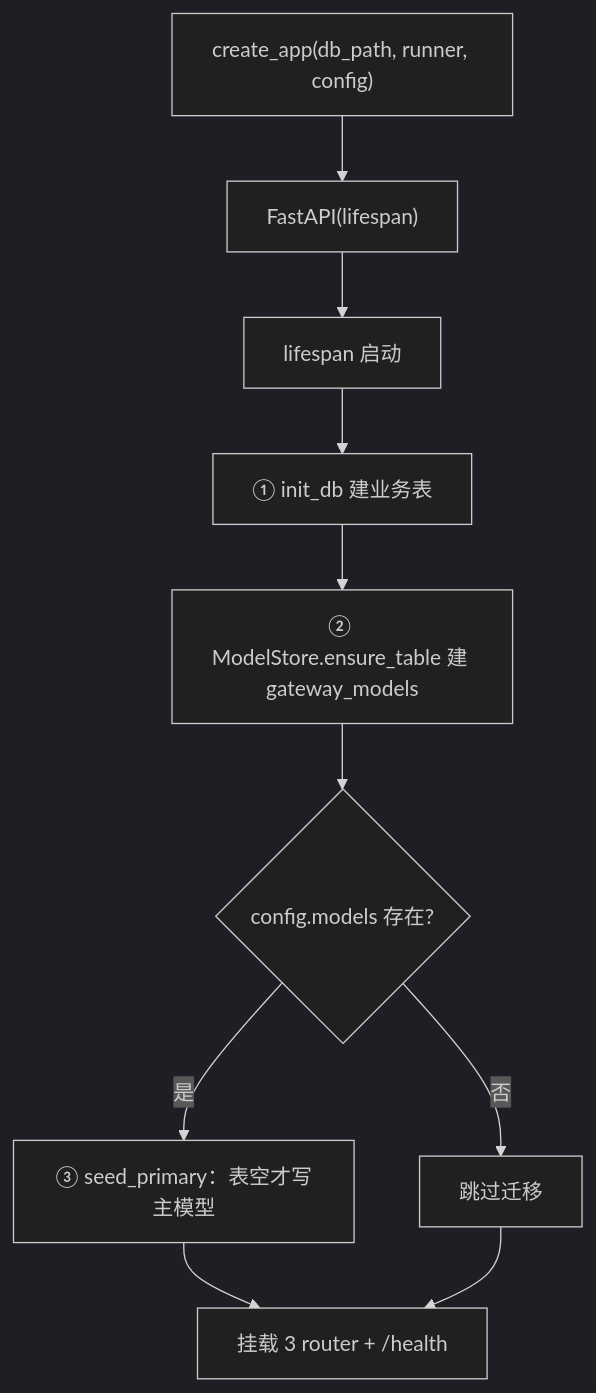
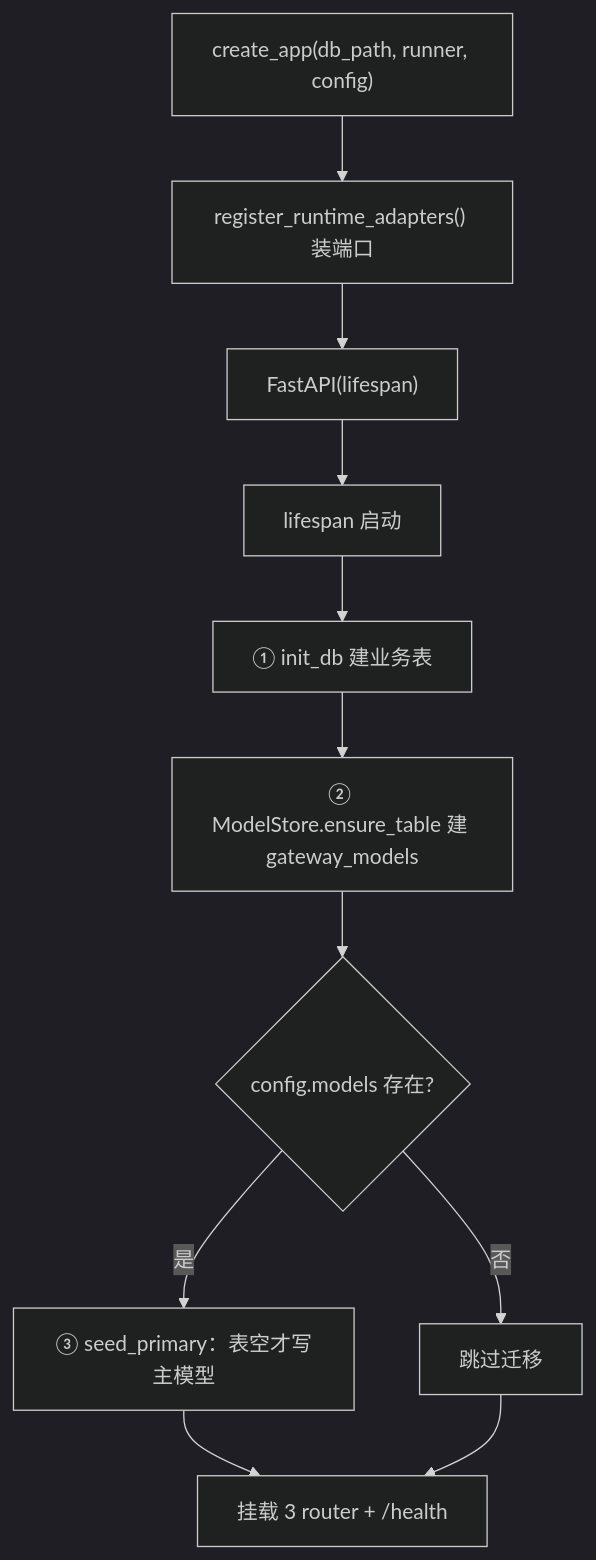
One commit to G0-000/AgentFlow changed the diagram in doc/doc-code/app/gateway/app.md. Above: the diagram before and after it, drawn with Mermaid (dark theme). The commit also changed other lines of this file and 20 other files, not shown here.

````diff
--- a/doc/doc-code/app/gateway/app.md
+++ b/doc/doc-code/app/gateway/app.md
@@ -37,12 +39,13 @@
 ```mermaid
 flowchart TD
-    A["create_app(db_path, runner, config)"] --> B["FastAPI(lifespan)"]
+    A["create_app(db_path, runner, config)"] --> A0["register_runtime_adapters() 装端口"]
+    A0 --> B["FastAPI(lifespan)"]
     B --> C["lifespan 启动"]
     C --> D["① init_db 建业务表"]
     D --> E["② ModelStore.ensure_table 建 gateway_models"]
     E --> F{"config.models 存在?"}
     F -->|"是"| G["③ seed_primary：表空才写主模型"]
     F -->|"否"| H["跳过迁移"]
     G --> I["挂载 3 router + /health"]
     H --> I
 ```
````
